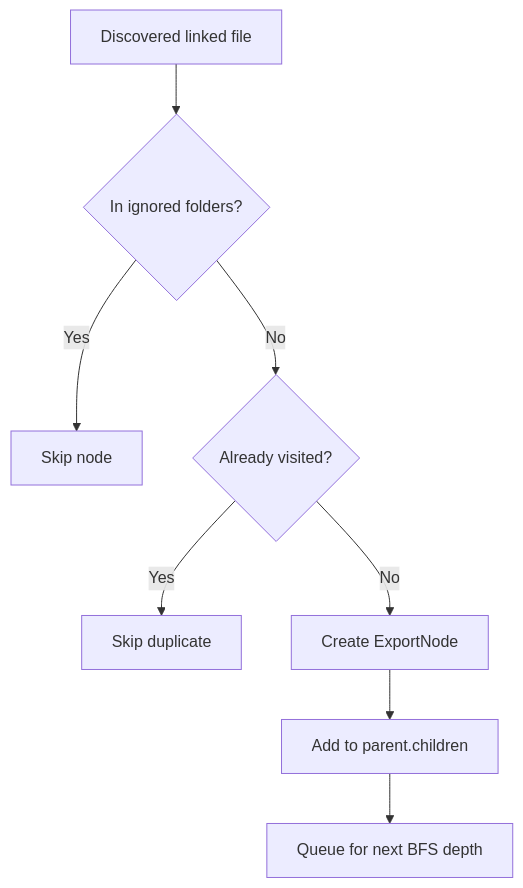
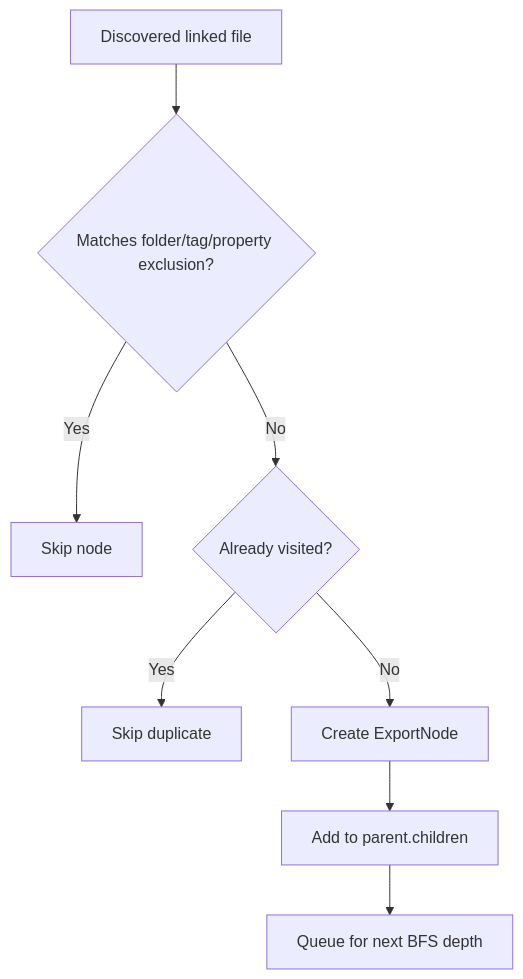
Before and after one commit to LittleHaku/obsidian-smart-export: the second of 3 diagrams in docs/export-architecture.md, drawn with Mermaid. The commit also changed other lines of this file and 16 other files, not shown here.

First line of the commit message:
feat: add tag and property traversal exclusions (#57)

````diff
--- a/docs/export-architecture.md
+++ b/docs/export-architecture.md
@@ -71,10 +72,10 @@
 ```mermaid
 flowchart TD
-    A[Discovered linked file] --> B{In ignored folders?}
+    A[Discovered linked file] --> B{Matches folder/tag/property exclusion?}
     B -- Yes --> C[Skip node]
     B -- No --> D{Already visited?}
     D -- Yes --> E[Skip duplicate]
     D -- No --> F[Create ExportNode]
     F --> G[Add to parent.children]
     G --> H[Queue for next BFS depth]
 ```
````
